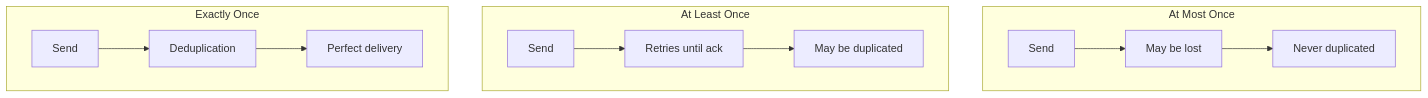
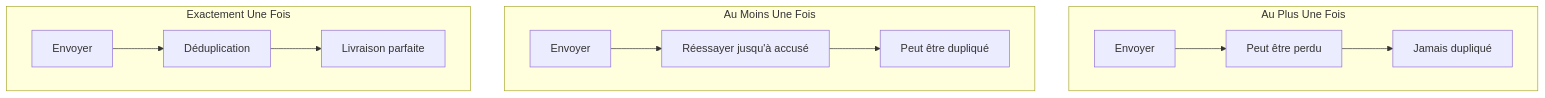
Before and after one commit to dardourimohamed/distributed-systems-course: the fourth of 7 diagrams in src/fundamentals/02-message-passing.md, drawn with Mermaid. The commit also changed other lines of this file and 38 other files, not shown here.

````diff
--- a/src/fundamentals/02-message-passing.md
+++ b/src/fundamentals/02-message-passing.md
@@ -84,17 +84,17 @@
 ```mermaid
 graph TB
-    subgraph "At Most Once"
-        A1[Send] --> A2[May be lost]
-        A2 --> A3[Never duplicated]
+    subgraph "Au Plus Une Fois"
+        A1[Envoyer] --> A2[Peut être perdu]
+        A2 --> A3[Jamais dupliqué]
     end
 
-    subgraph "At Least Once"
-        B1[Send] --> B2[Retries until ack]
-        B2 --> B3[May be duplicated]
+    subgraph "Au Moins Une Fois"
+        B1[Envoyer] --> B2[Réessayer jusqu'à accusé]
+        B2 --> B3[Peut être dupliqué]
     end
 
-    subgraph "Exactly Once"
-        C1[Send] --> C2[Deduplication]
-        C2 --> C3[Perfect delivery]
+    subgraph "Exactement Une Fois"
+        C1[Envoyer] --> C2[Déduplication]
+        C2 --> C3[Livraison parfaite]
     end
 ```
````
